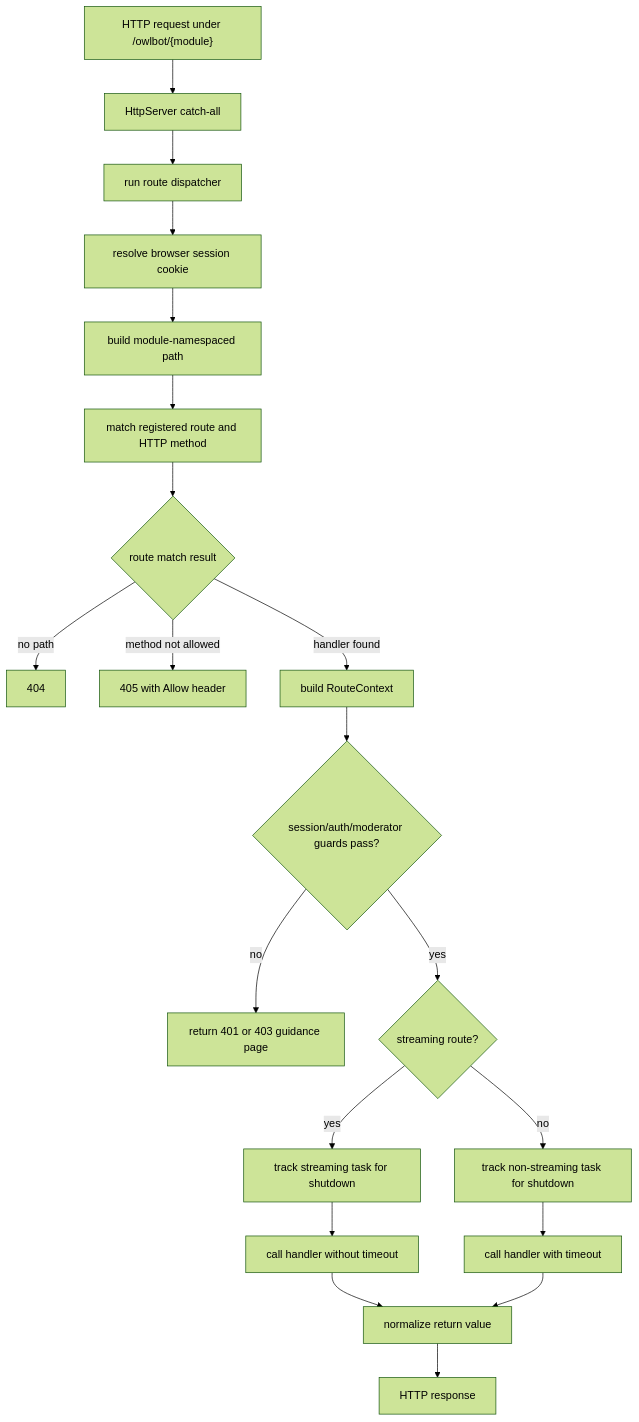
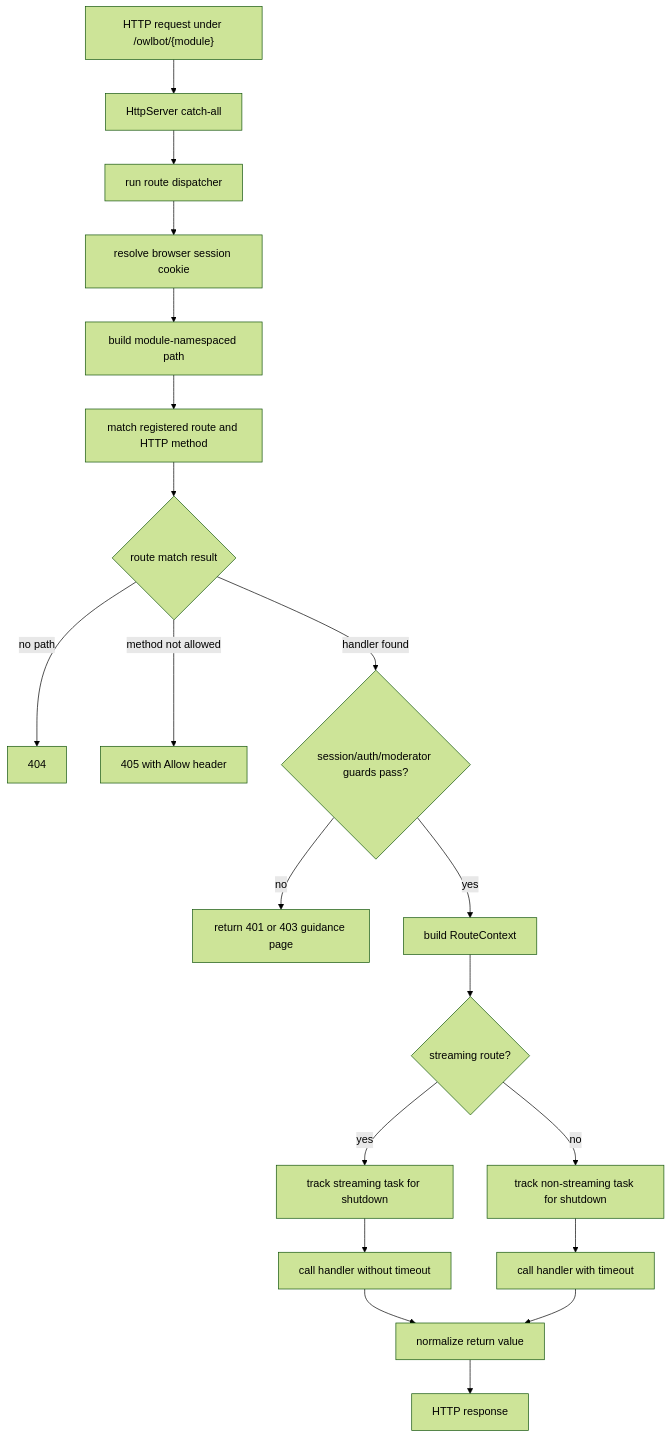
Before and after one commit to LogalDeveloper/Owlbot: the fourth of 4 diagrams in owlbot/registries/README.md, drawn with Mermaid (forest theme). The commit also changed other lines of this file and 1 other file, not shown here.

Commit message:
Improved route registry module cleanup and guard ordering.

````diff
--- a/owlbot/registries/README.md
+++ b/owlbot/registries/README.md
@@ -168,22 +168,22 @@
 ```mermaid
 flowchart TD
     Request["HTTP request under /owlbot/{module}"] --> Server["HttpServer catch-all"]
     Server --> Routes["run route dispatcher"]
     Routes --> Session["resolve browser session cookie"]
     Session --> FullPath["build module-namespaced path"]
     FullPath --> Match["match registered route and HTTP method"]
     Match --> Result{"route match result"}
     Result -->|no path| NotFound["404"]
     Result -->|method not allowed| MethodNotAllowed["405 with Allow header"]
-    Result -->|handler found| Context["build RouteContext"]
-    Context --> Guards{"session/auth/moderator guards pass?"}
+    Result -->|handler found| Guards{"session/auth/moderator guards pass?"}
     Guards -->|no| Guidance["return 401 or 403 guidance page"]
-    Guards -->|yes| Streaming{"streaming route?"}
+    Guards -->|yes| Context["build RouteContext"]
+    Context --> Streaming{"streaming route?"}
     Streaming -->|yes| StreamTask["track streaming task for shutdown"]
     Streaming -->|no| HandlerTask["track non-streaming task for shutdown"]
     StreamTask --> NoTimeout["call handler without timeout"]
     HandlerTask --> Timeout["call handler with timeout"]
     NoTimeout --> Normalize["normalize return value"]
     Timeout --> Normalize
     Normalize --> Response["HTTP response"]
 ```
````
